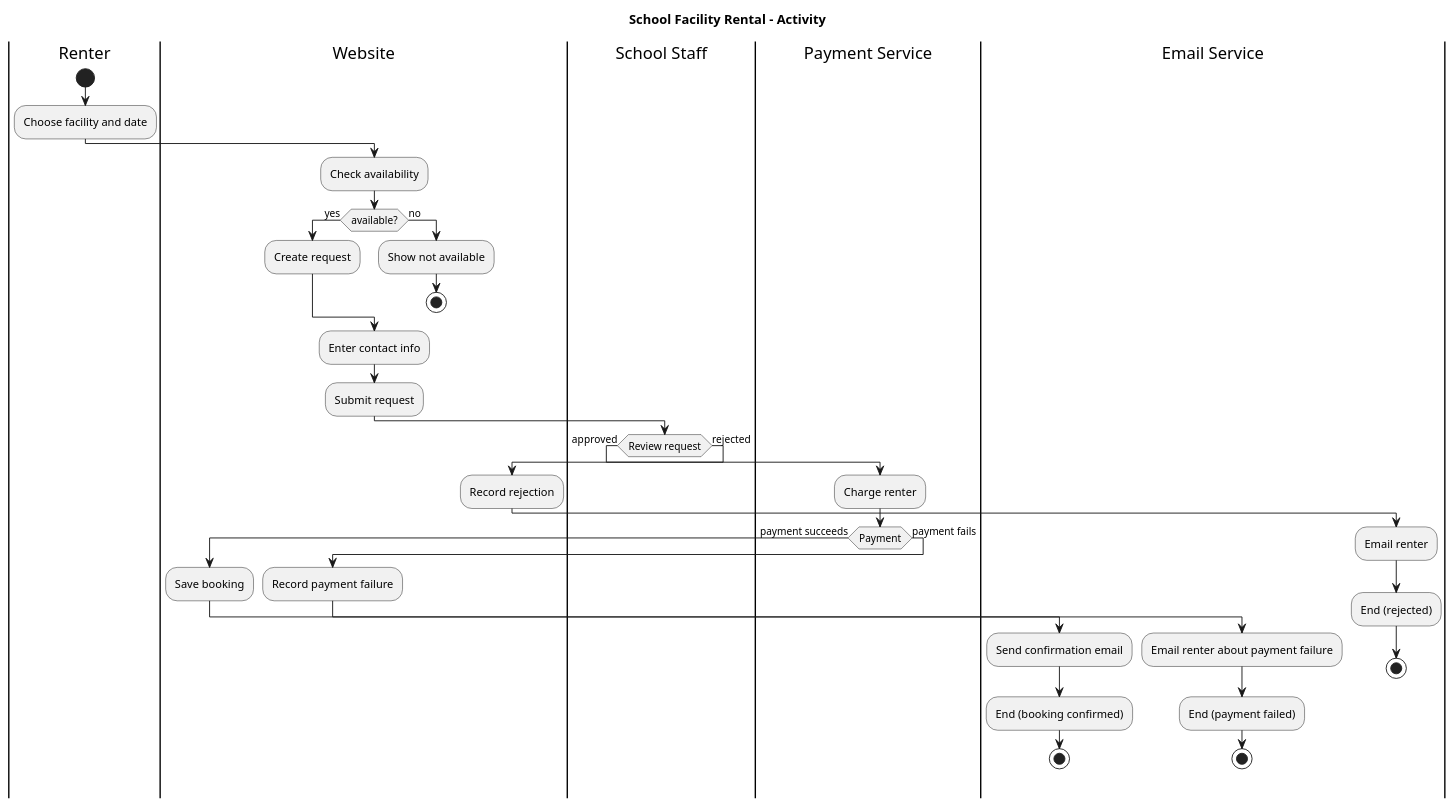
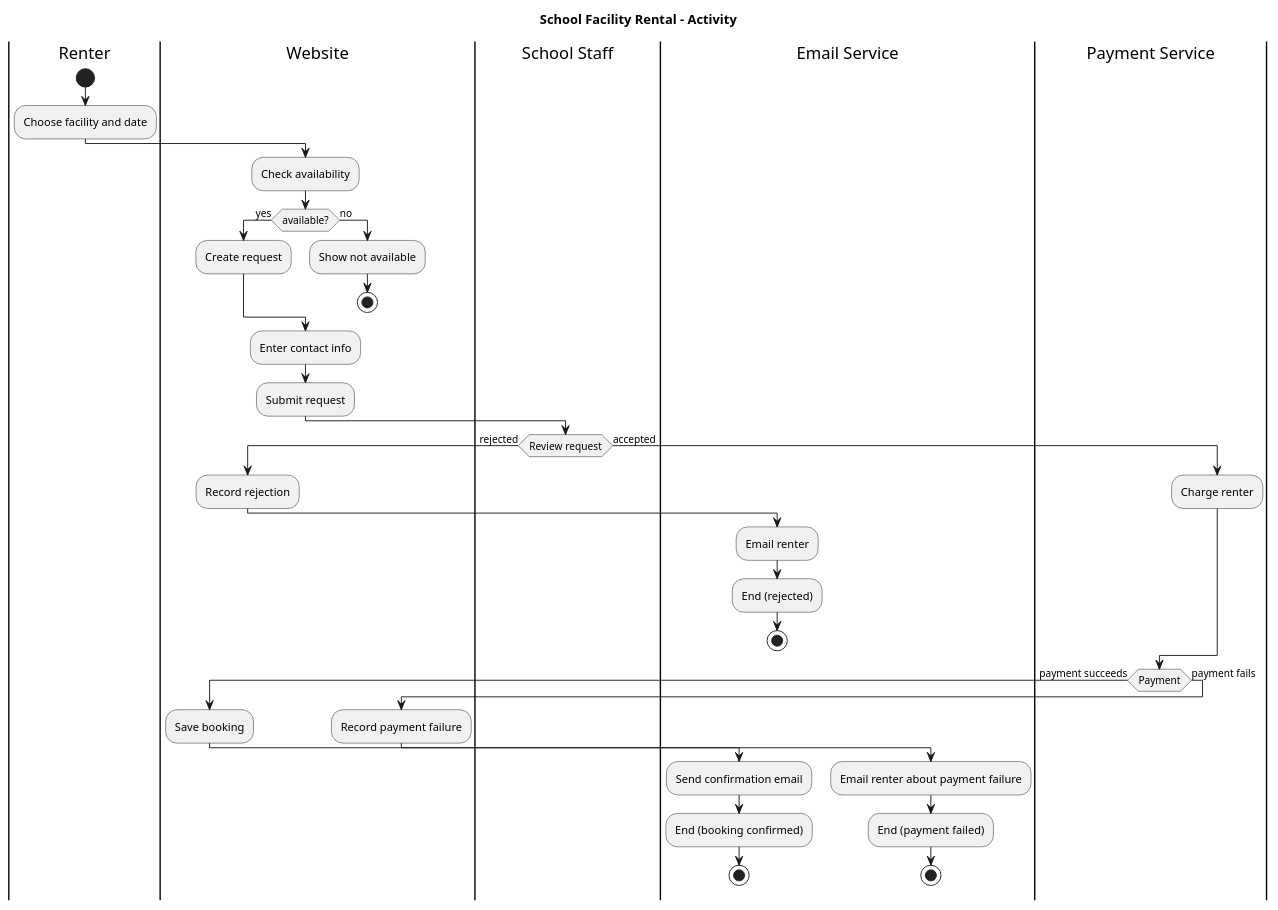
One commit to jeff-reff/Homework-6 changed the diagram in src/Task1Activity.puml. Above: the diagram before and after it, drawn with PlantUML.

Commit message:
Reorganizing the transitions after review request

```diff
--- a/src/Task1Activity.puml
+++ b/src/Task1Activity.puml
@@ -1,50 +1,50 @@
 @startuml
 'https://plantuml.com/activity-diagram-beta
 title School Facility Rental - Activity
 
 |Renter|
 start
 :Choose facility and date;
 
 |Website|
 :Check availability;
 if (available?) then (yes)
 :Create request;
 else (no)
 :Show not available;
 stop
 endif
 
 :Enter contact info;
 :Submit request;
 
 |School Staff|
-if (Review request) then (approved)
+if (Review request) then (rejected)
+|Website|
+:Record rejection;
+|Email Service|
+:Email renter;
+:End (rejected);
+stop
+else (accepted)
 |Payment Service|
 :Charge renter;
+endif
 if (Payment) then (payment succeeds)
 |Website|
 :Save booking;
 |Email Service|
 :Send confirmation email;
 :End (booking confirmed);
 stop
 else (payment fails)
 |Website|
 :Record payment failure;
 
 |Email Service|
 :Email renter about payment failure;
 :End (payment failed);
 stop
 endif
-else (rejected)
-|Website|
-:Record rejection;
-|Email Service|
-:Email renter;
-:End (rejected);
-stop
-endif
 
 @enduml
```
